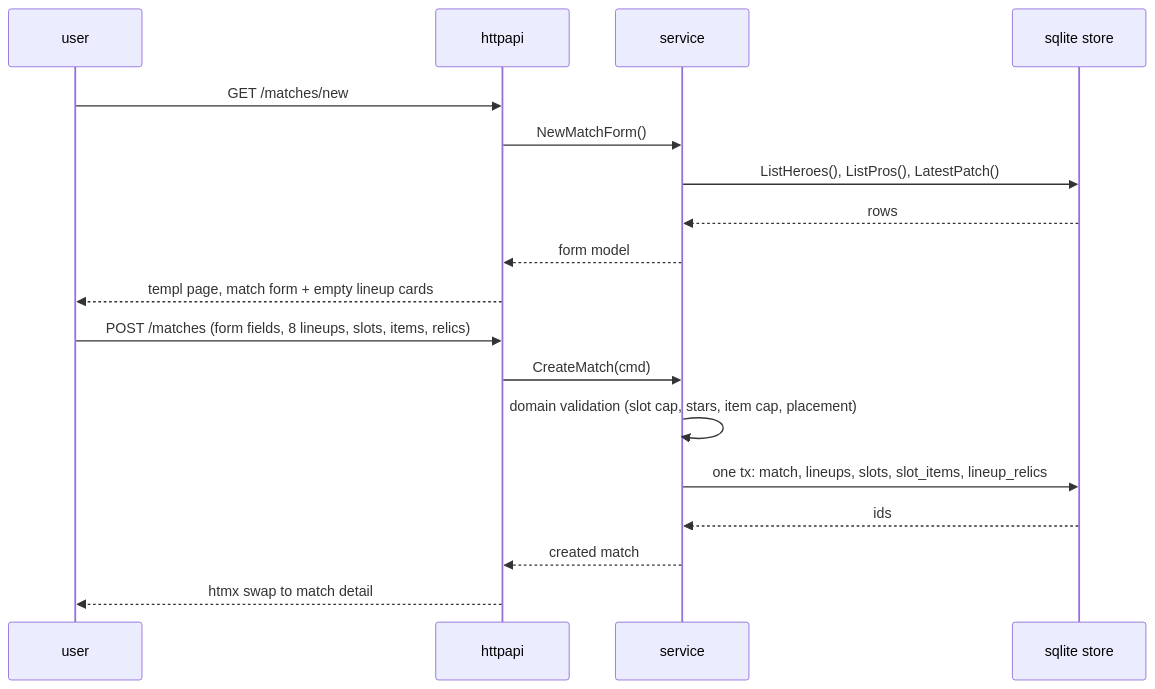
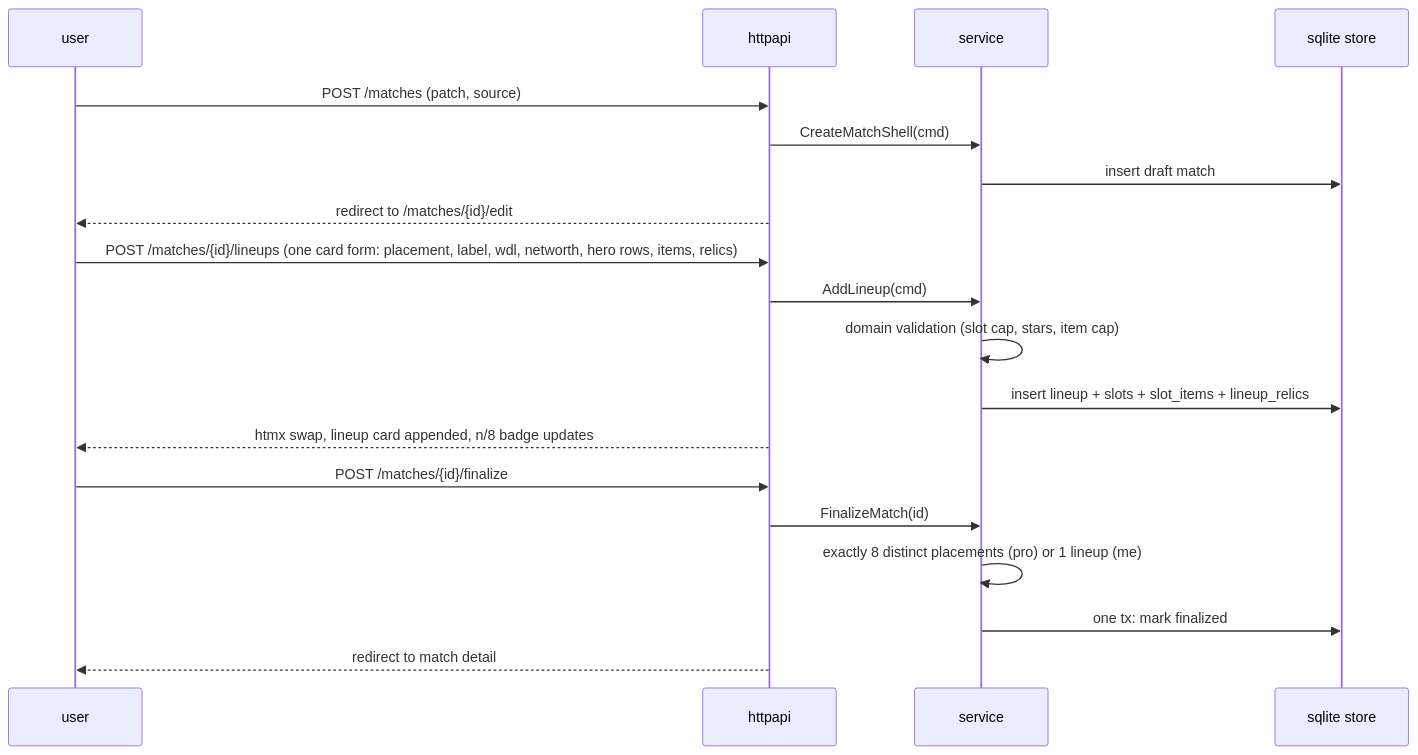
One commit to lavantien/autochess-buddy changed the second of 4 diagrams in readme.md. Above: the diagram before and after it, drawn with Mermaid. The commit also changed other lines of this file, not shown here.

````diff
--- a/readme.md
+++ b/readme.md
@@ -56,20 +56,21 @@
 ```mermaid
 sequenceDiagram
     participant U as user
     participant H as httpapi
     participant S as service
     participant R as sqlite store
-    U->>H: GET /matches/new
-    H->>S: NewMatchForm()
-    S->>R: ListHeroes(), ListPros(), LatestPatch()
-    R-->>S: rows
-    S-->>H: form model
-    H-->>U: templ page, match form + empty lineup cards
-    U->>H: POST /matches (form fields, 8 lineups, slots, items, relics)
-    H->>S: CreateMatch(cmd)
-    S->>S: domain validation (slot cap, stars, item cap, placement)
-    S->>R: one tx: match, lineups, slots, slot_items, lineup_relics
-    R-->>S: ids
-    S-->>H: created match
-    H-->>U: htmx swap to match detail
+    U->>H: POST /matches (patch, source)
+    H->>S: CreateMatchShell(cmd)
+    S->>R: insert draft match
+    H-->>U: redirect to /matches/{id}/edit
+    U->>H: POST /matches/{id}/lineups (one card form: placement, label, wdl, networth, hero rows, items, relics)
+    H->>S: AddLineup(cmd)
+    S->>S: domain validation (slot cap, stars, item cap)
+    S->>R: insert lineup + slots + slot_items + lineup_relics
+    H-->>U: htmx swap, lineup card appended, n/8 badge updates
+    U->>H: POST /matches/{id}/finalize
+    H->>S: FinalizeMatch(id)
+    S->>S: exactly 8 distinct placements (pro) or 1 lineup (me)
+    S->>R: one tx: mark finalized
+    H-->>U: redirect to match detail
 ```
````
